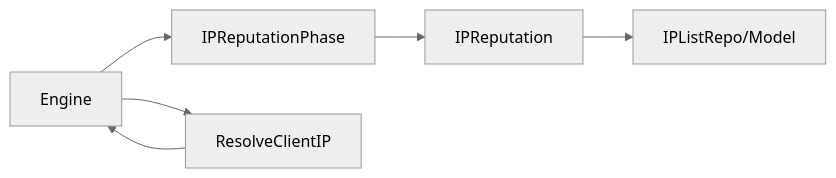
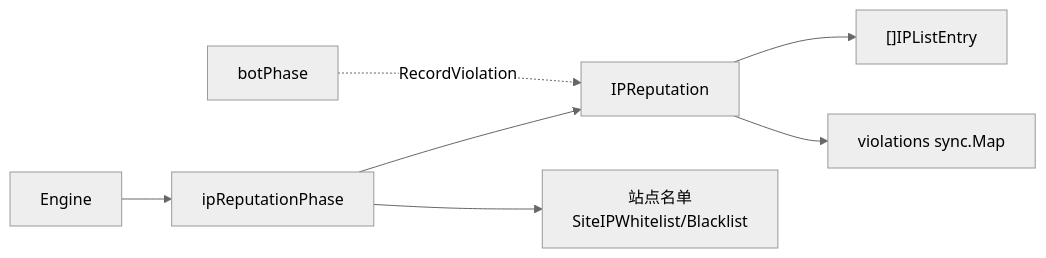
Before and after one commit to x01n/My-OpenWaf: the sixth of 6 diagrams in docs/WAF 引擎系统/处理阶段详解/IP 信誉检查阶段.md, drawn with Mermaid (neutral theme). The commit also changed other lines of this file and 622 other files, not shown here.

````diff
--- a/docs/WAF 引擎系统/处理阶段详解/IP 信誉检查阶段.md
+++ b/docs/WAF 引擎系统/处理阶段详解/IP 信誉检查阶段.md
@@ -296,8 +281,9 @@
 ```mermaid
 graph LR
-Engine["Engine"] --> Phase["IPReputationPhase"]
+Engine["Engine"] --> Phase["ipReputationPhase"]
 Phase --> Rep["IPReputation"]
-Rep --> Lists["IPListRepo/Model"]
-Engine --> ClientIP["ResolveClientIP"]
-ClientIP --> Engine
+Phase --> SLists["站点名单<br>SiteIPWhitelist/Blacklist"]
+Rep --> Lists["[]IPListEntry"]
+Rep --> Viol["violations sync.Map"]
+Bot["botPhase"] -.RecordViolation.-> Rep
 ```
````
